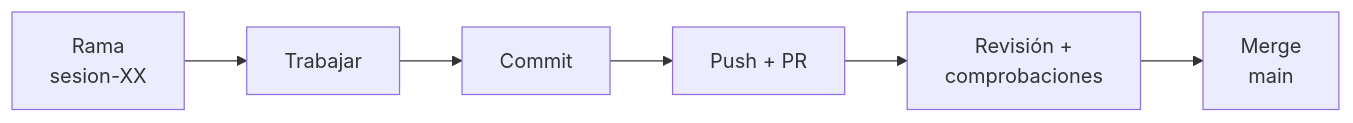
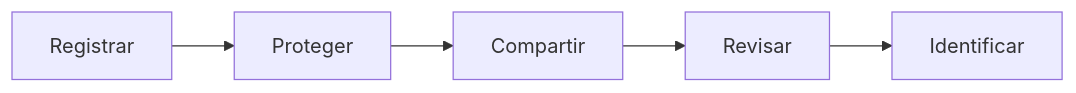
One commit to alejandroroig/despliegue-daw changed the first of 4 diagrams in docs/tema1/control-versiones-documentacion.md. Above: the diagram before and after it, drawn with Mermaid. The commit also changed other lines of this file and 7 other files, not shown here.

````diff
--- a/docs/tema1/control-versiones-documentacion.md
+++ b/docs/tema1/control-versiones-documentacion.md
@@ -26,8 +21,4 @@
 ```mermaid
 flowchart LR
-    B["Rama<br/>sesion-XX"] --> W["Trabajar"]
-    W --> C["Commit"]
-    C --> P["Push + PR"]
-    P --> V["Revisión +<br/>comprobaciones"]
-    V --> M["Merge<br/>main"]
+    A["Registrar"] --> B["Proteger"] --> C["Compartir"] --> D["Revisar"] --> E["Identificar"]
 ```
````
